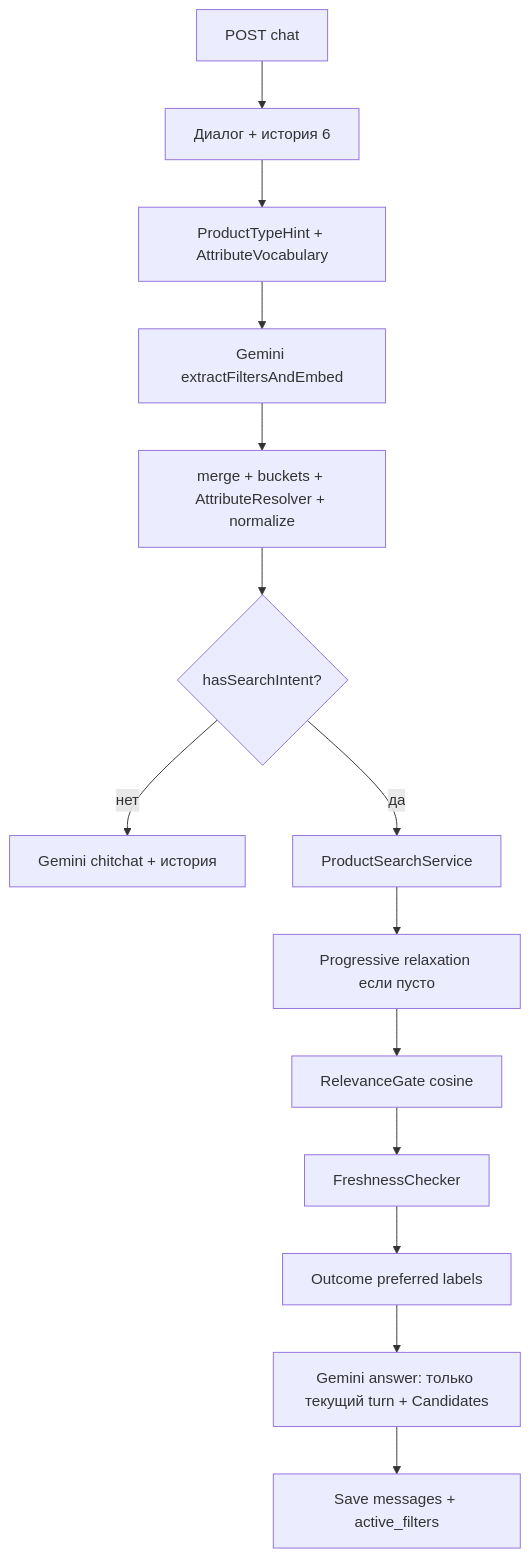
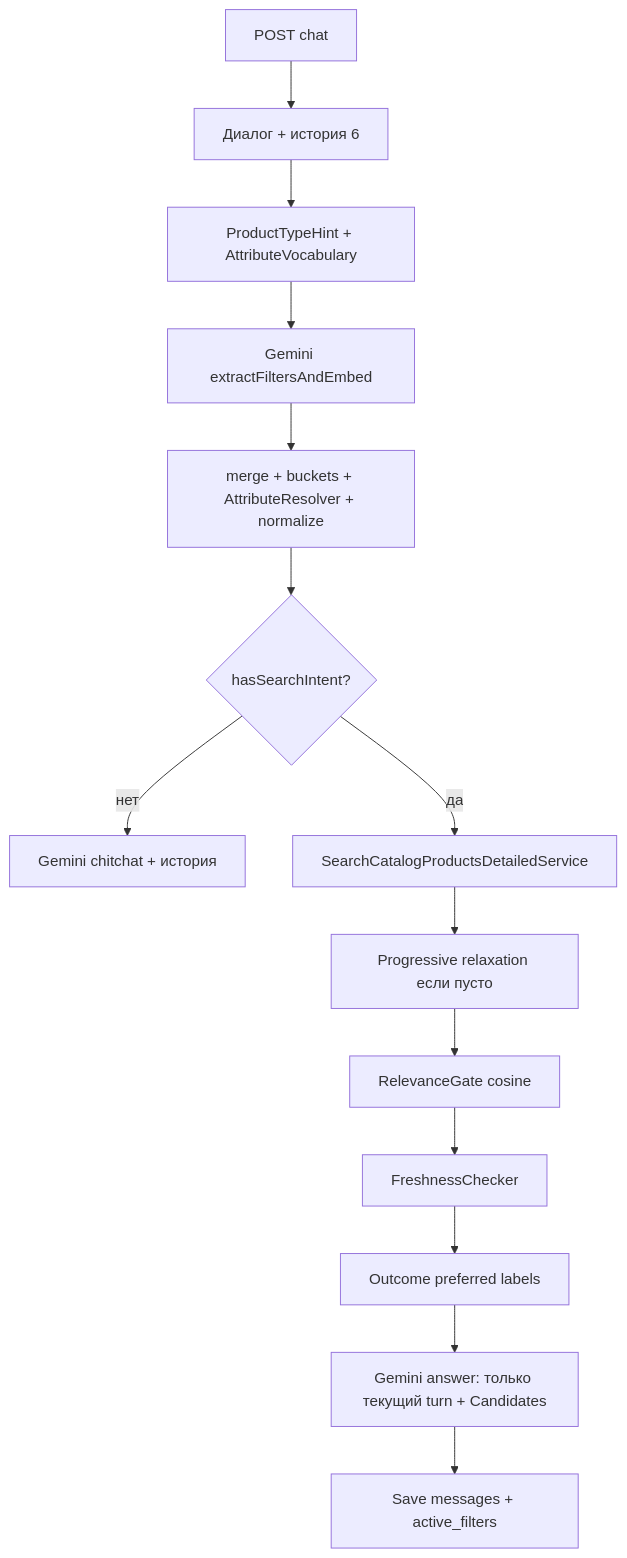
Before and after one commit to ff1nk1/e_commerce_platform: the second of 3 diagrams in recommendation_service/README.md, drawn with Mermaid. The commit also changed other lines of this file and 31 other files, not shown here.

````diff
--- a/recommendation_service/README.md
+++ b/recommendation_service/README.md
@@ -82,16 +82,16 @@
 ```mermaid
 flowchart TB
   http[POST chat] --> conv[Диалог + история 6]
   conv --> hint[ProductTypeHint + AttributeVocabulary]
   hint --> gemini1[Gemini extractFiltersAndEmbed]
   gemini1 --> merge[merge + buckets + AttributeResolver + normalize]
   merge --> intent{hasSearchIntent?}
   intent -->|нет| chitchat[Gemini chitchat + история]
-  intent -->|да| search[ProductSearchService]
+  intent -->|да| search[SearchCatalogProductsDetailedService]
   search --> relax[Progressive relaxation если пусто]
   relax --> gate[RelevanceGate cosine]
   gate --> fresh[FreshnessChecker]
   fresh --> label[Outcome preferred labels]
   label --> gemini2[Gemini answer: только текущий turn + Candidates]
   gemini2 --> save[Save messages + active_filters]
 ```
````
